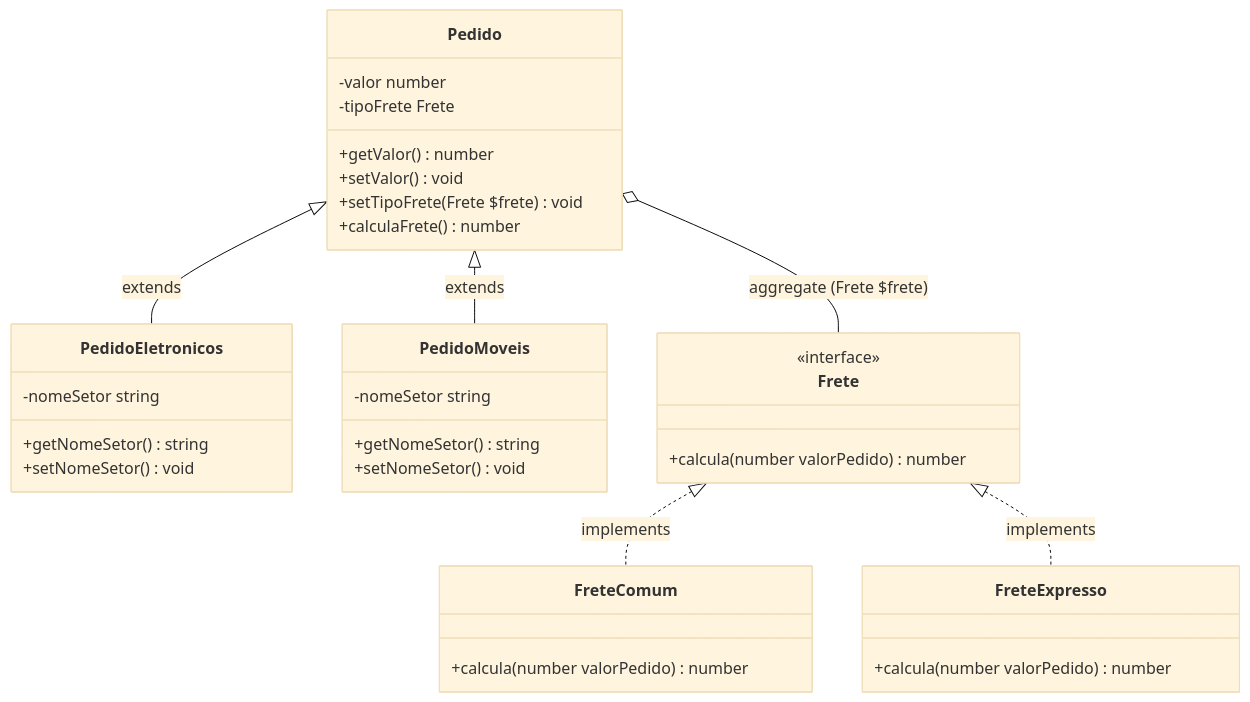
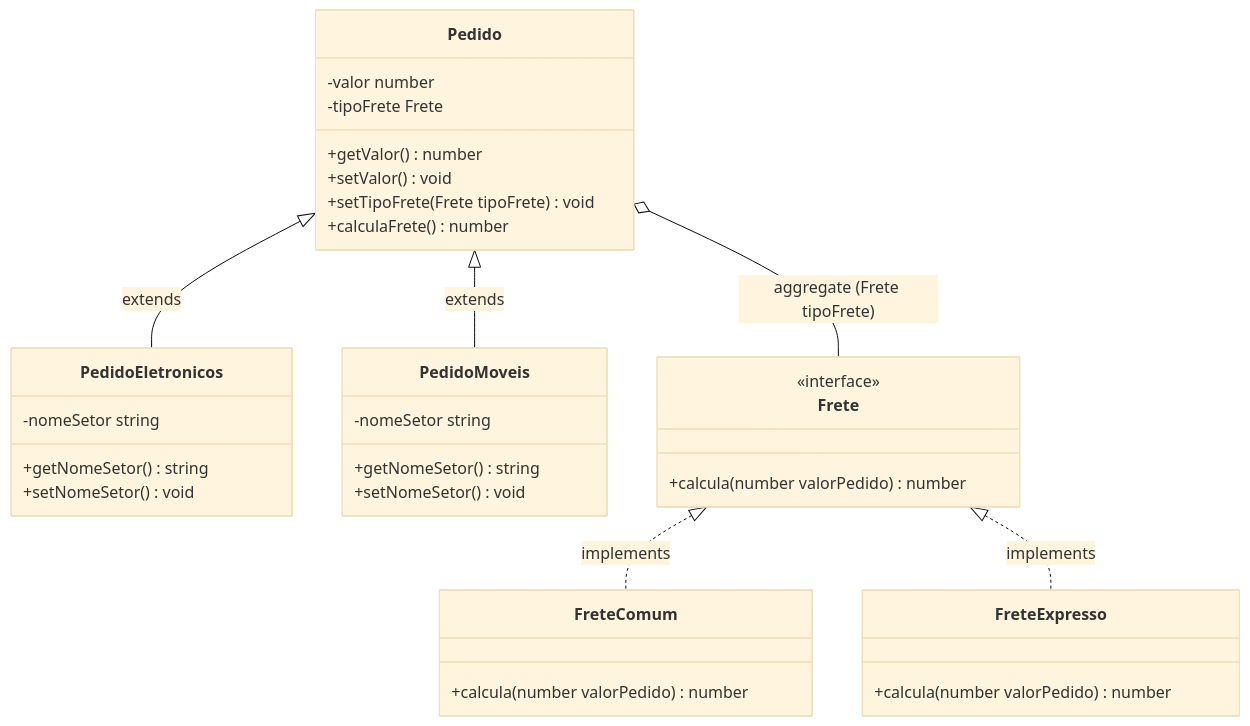
Before and after one commit to francojeferson/rabiscando-padroes-de-projeto: the fourth of 5 diagrams in Comportamentais/Strategy/README.md, drawn with Mermaid (base theme). The commit also changed other lines of this file, not shown here.

Commit message:
fix(tipoFrete): docs: update Comportamentais/Strategy/README.md

````diff
--- a/Comportamentais/Strategy/README.md
+++ b/Comportamentais/Strategy/README.md
@@ -113,41 +113,41 @@
 ```mermaid
 classDiagram
   class Pedido {
     -valor number
     -tipoFrete Frete
     +getValor() number
     +setValor() void
-    +setTipoFrete(Frete $frete) void
+    +setTipoFrete(Frete tipoFrete) void
     +calculaFrete() number
   }
   Pedido <|-- PedidoEletronicos: extends
   Pedido <|-- PedidoMoveis: extends
-  Pedido o-- Frete : aggregate (Frete $frete)
+  Pedido o-- Frete : aggregate (Frete tipoFrete)
 
   class PedidoEletronicos {
     -nomeSetor string
     +getNomeSetor() string
     +setNomeSetor() void
   }
 
   class PedidoMoveis {
     -nomeSetor string
     +getNomeSetor() string
     +setNomeSetor() void
   }
 
   class Frete {
     <<interface>>
     +calcula(number valorPedido) number
   }
   Frete <|.. FreteComum: implements
   Frete <|.. FreteExpresso: implements
 
   class FreteComum {
     +calcula(number valorPedido) number
   }
 
   class FreteExpresso {
     +calcula(number valorPedido) number
   }
 ```
````
